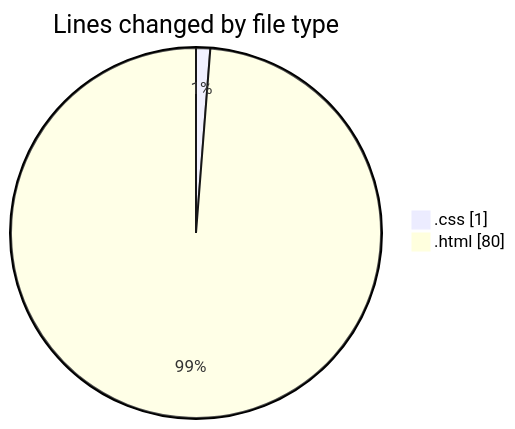
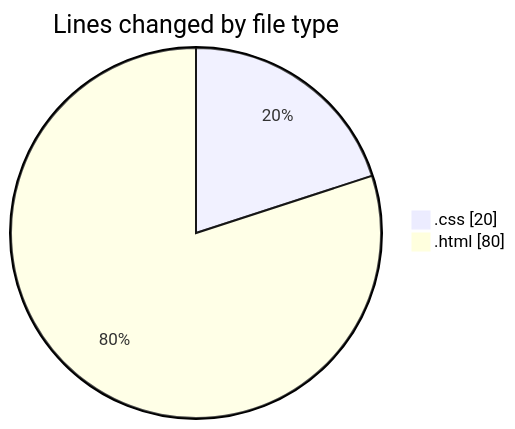
Before and after one commit to NitaiMahat/code-tracking: the first of 2 diagrams in 2025-02-04/recipe-page-main/README.md, drawn with Mermaid. The commit also changed other lines of this file and 1 other file, not shown here.

````diff
--- a/2025-02-04/recipe-page-main/README.md
+++ b/2025-02-04/recipe-page-main/README.md
@@ -21,6 +21,6 @@
 ```mermaid
 pie showData
 title Lines changed by file type
-".css" : 1
+".css" : 20
 ".html" : 80
 ```
````
